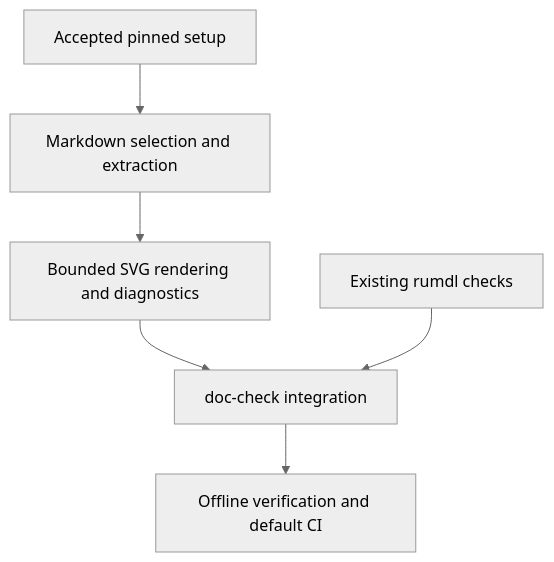
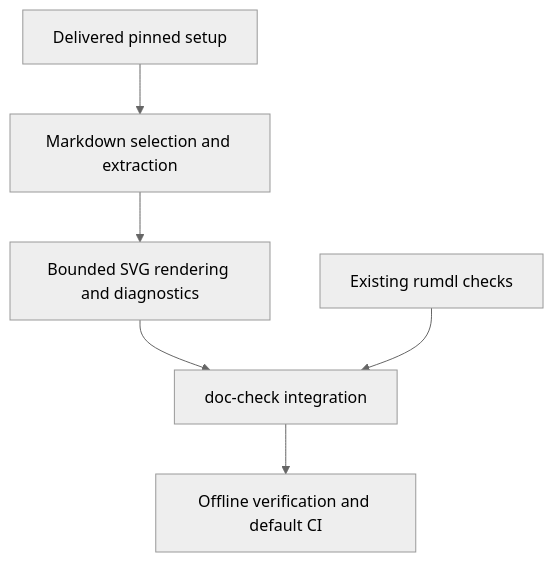
One commit to msitarz/ataraxia changed the diagram in doc/feat/mermaid-adoption/README.md. Above: the diagram before and after it, drawn with Mermaid (neutral theme). The commit also changed other lines of this file and 5 other files, not shown here.

First line of the commit message:
docs(mermaid): close accepted setup work

````diff
--- a/doc/feat/mermaid-adoption/README.md
+++ b/doc/feat/mermaid-adoption/README.md
@@ -26,8 +26,8 @@
 ```mermaid
 flowchart TD
-    Setup[Accepted pinned setup] --> Extract[Markdown selection and extraction]
+    Setup[Delivered pinned setup] --> Extract[Markdown selection and extraction]
     Extract --> Render[Bounded SVG rendering and diagnostics]
     Render --> Check[doc-check integration]
     Rumdl[Existing rumdl checks] --> Check
     Check --> CI[Offline verification and default CI]
 ```
````
